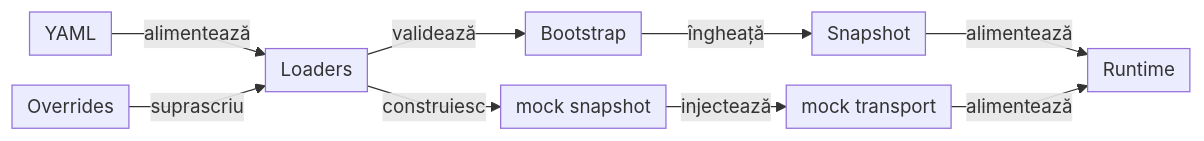
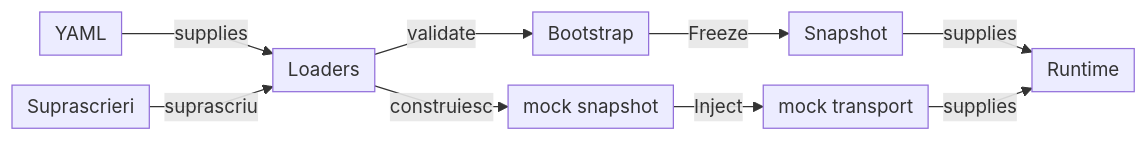
One commit to crististefanita/atf_j0 changed the eighth of 12 diagrams in docs/ATF_Architecture.md. Above: the diagram before and after it, drawn with Mermaid. The commit also changed other lines of this file and 113 other files, not shown here.

````diff
--- a/docs/ATF_Architecture.md
+++ b/docs/ATF_Architecture.md
@@ -523,12 +493,12 @@
 ```mermaid
 %%{init: {"themeVariables":{"fontSize":"15px"},"themeCSS":".nodeLabel, .nodeLabel p { font-size: 15px !important; line-height: 1.35 !important; } .edgeLabel, .edgeLabel p { font-size: 12px !important; font-weight: 400 !important; line-height: 1.2 !important; } .edgeLabel .labelBkg, .edgeLabel p { background: transparent !important; } .edgeLabel foreignObject { transform: translateY(-18px); overflow: visible; } .node rect { rx: 6px; ry: 6px; }","flowchart":{"curve":"linear","nodeSpacing":24,"rankSpacing":24,"padding":6,"diagramPadding":20}}}%%
 flowchart LR
-    Sources["YAML"] -->|alimentează| Loaders["Loaders"]
-    Overrides["Overrides"] -->|suprascriu| Loaders
-    Loaders -->|validează| Bootstrap["Bootstrap"]
-    Bootstrap -->|îngheață| Snapshot["Snapshot"]
-    Snapshot -->|alimentează| Runtime["Runtime"]
+    Sources["YAML"] -->|supplies| Loaders["Loaders"]
+    Overrides["Suprascrieri"] -->|suprascriu| Loaders
+    Loaders -->|validate| Bootstrap["Bootstrap"]
+    Bootstrap -->|Freeze| Snapshot["Snapshot"]
+    Snapshot -->|supplies| Runtime["Runtime"]
     Loaders -->|construiesc| Mock["mock snapshot"]
-    Mock -->|injectează| Transport["mock transport"]
-    Transport -->|alimentează| Runtime
+    Mock -->|Inject| Transport["mock transport"]
+    Transport -->|supplies| Runtime
 ```
````
